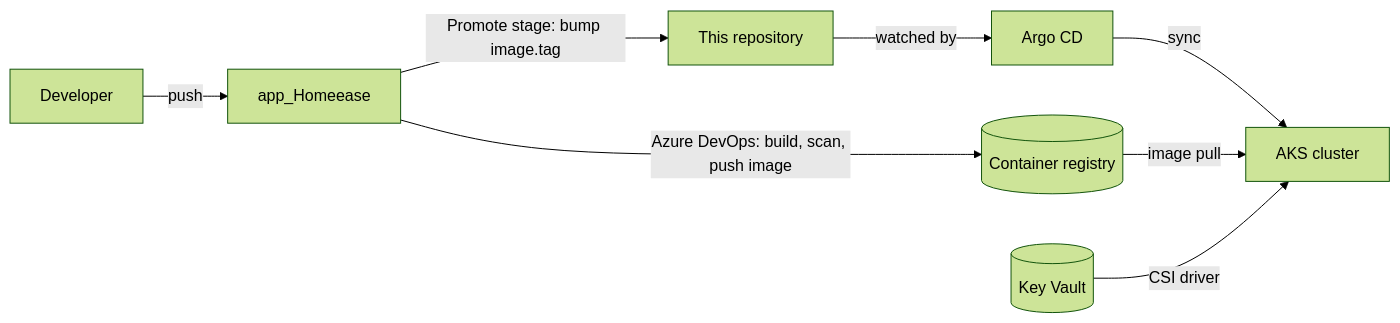
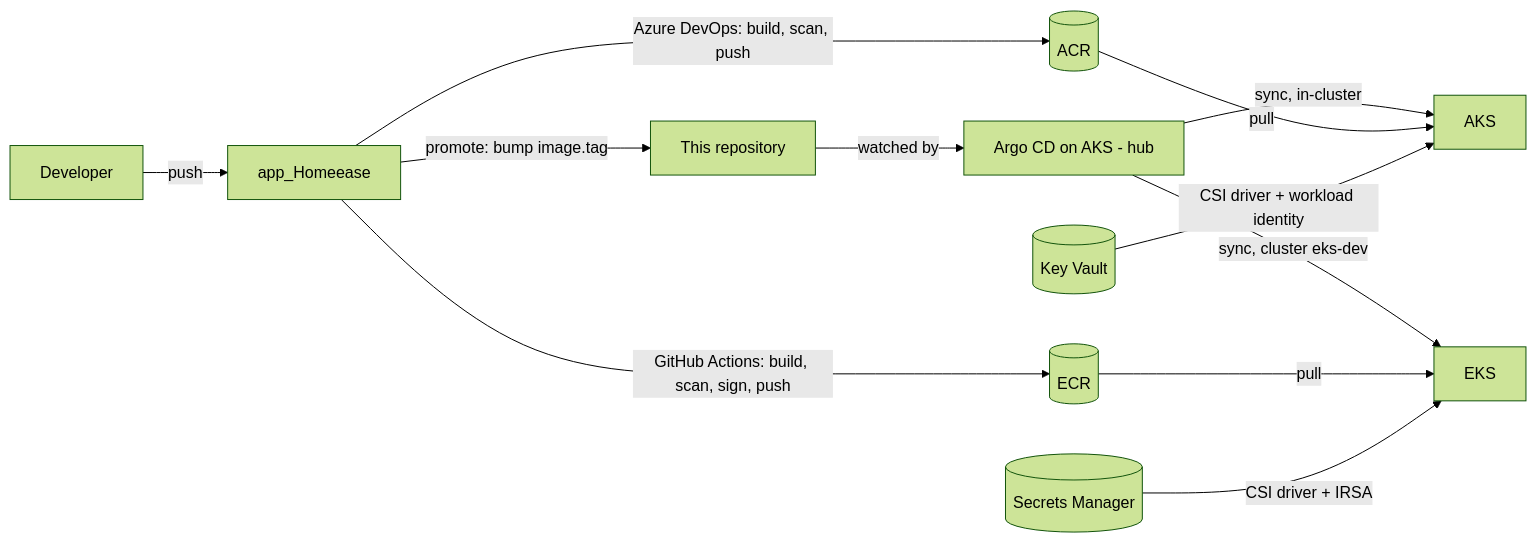
One commit to SrinidhiSanjeevi/Gitops_Homeease changed the diagram in README.md. Above: the diagram before and after it, drawn with Mermaid (forest theme). The commit also changed other lines of this file and 13 other files, not shown here.

Commit message:
docs: describe the AKS Argo CD hub; fix EKS/AKS bootstrap scripts and Alertmanager secret

````diff
--- a/README.md
+++ b/README.md
@@ -9,10 +9,14 @@
 ```mermaid
 flowchart LR
     DEV[Developer] -->|push| APP[app_Homeease]
-    APP -->|Azure DevOps: build, scan, push image| ACR[(Container registry)]
-    APP -->|Promote stage: bump image.tag| GIT[This repository]
-    GIT -->|watched by| ARGO[Argo CD]
-    ARGO -->|sync| AKS[AKS cluster]
-    ACR -->|image pull| AKS
-    KV[(Key Vault)] -->|CSI driver| AKS
+    APP -->|Azure DevOps: build, scan, push| ACR[(ACR)]
+    APP -->|GitHub Actions: build, scan, sign, push| ECR[(ECR)]
+    APP -->|promote: bump image.tag| GIT[This repository]
+    GIT -->|watched by| ARGO[Argo CD on AKS - hub]
+    ARGO -->|sync, in-cluster| AKS[AKS]
+    ARGO -->|sync, cluster eks-dev| EKS[EKS]
+    ACR -->|pull| AKS
+    ECR -->|pull| EKS
+    KV[(Key Vault)] -->|CSI driver + workload identity| AKS
+    SM[(Secrets Manager)] -->|CSI driver + IRSA| EKS
 ```
````
